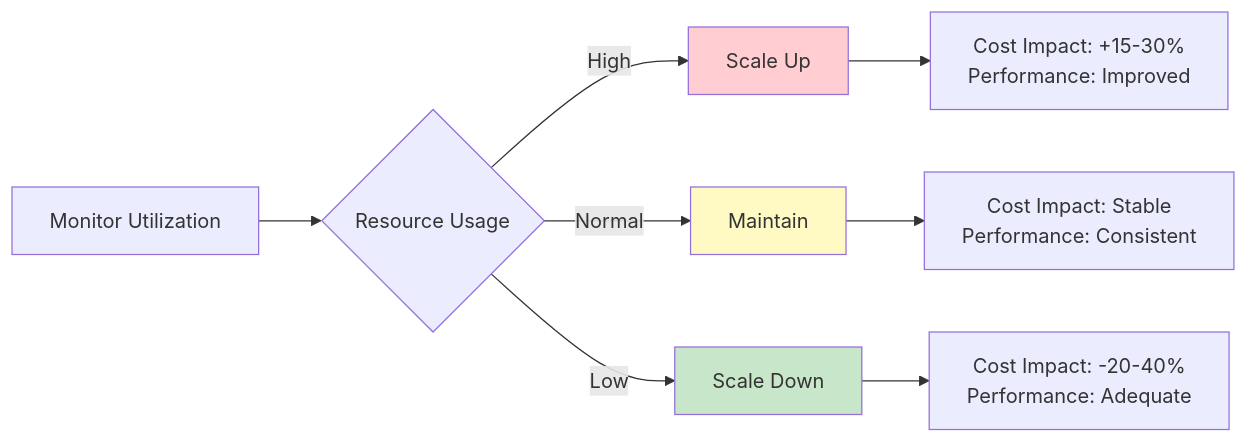
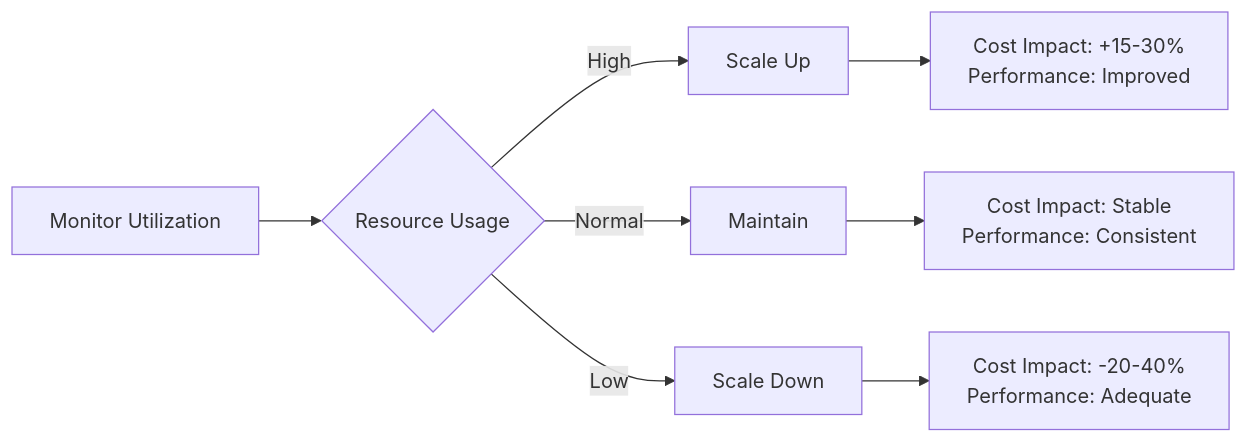
One commit to srnichols/StampsPattern changed the fifth of 9 diagrams in docs/COST_OPTIMIZATION_GUIDE.md. Above: the diagram before and after it, drawn with Mermaid. The commit also changed other lines of this file and 10 other files, not shown here.

Commit message:
docs: add Mermaid theme sample with per-diagram init (neutral/dark)

````diff
--- a/docs/COST_OPTIMIZATION_GUIDE.md
+++ b/docs/COST_OPTIMIZATION_GUIDE.md
@@ -327,15 +316,12 @@
 ```mermaid
 graph LR
     A[Monitor Utilization] --> B{Resource Usage}
     B -->|High| C[Scale Up]
     B -->|Normal| D[Maintain]
     B -->|Low| E[Scale Down]
     
     C --> F[Cost Impact: +15-30%<br/>Performance: Improved]
     D --> G[Cost Impact: Stable<br/>Performance: Consistent]
     E --> H[Cost Impact: -20-40%<br/>Performance: Adequate]
-    
-    style C fill:#FFCDD2
-    style D fill:#FFF9C4
-    style E fill:#C8E6C9
+
 ```
````
